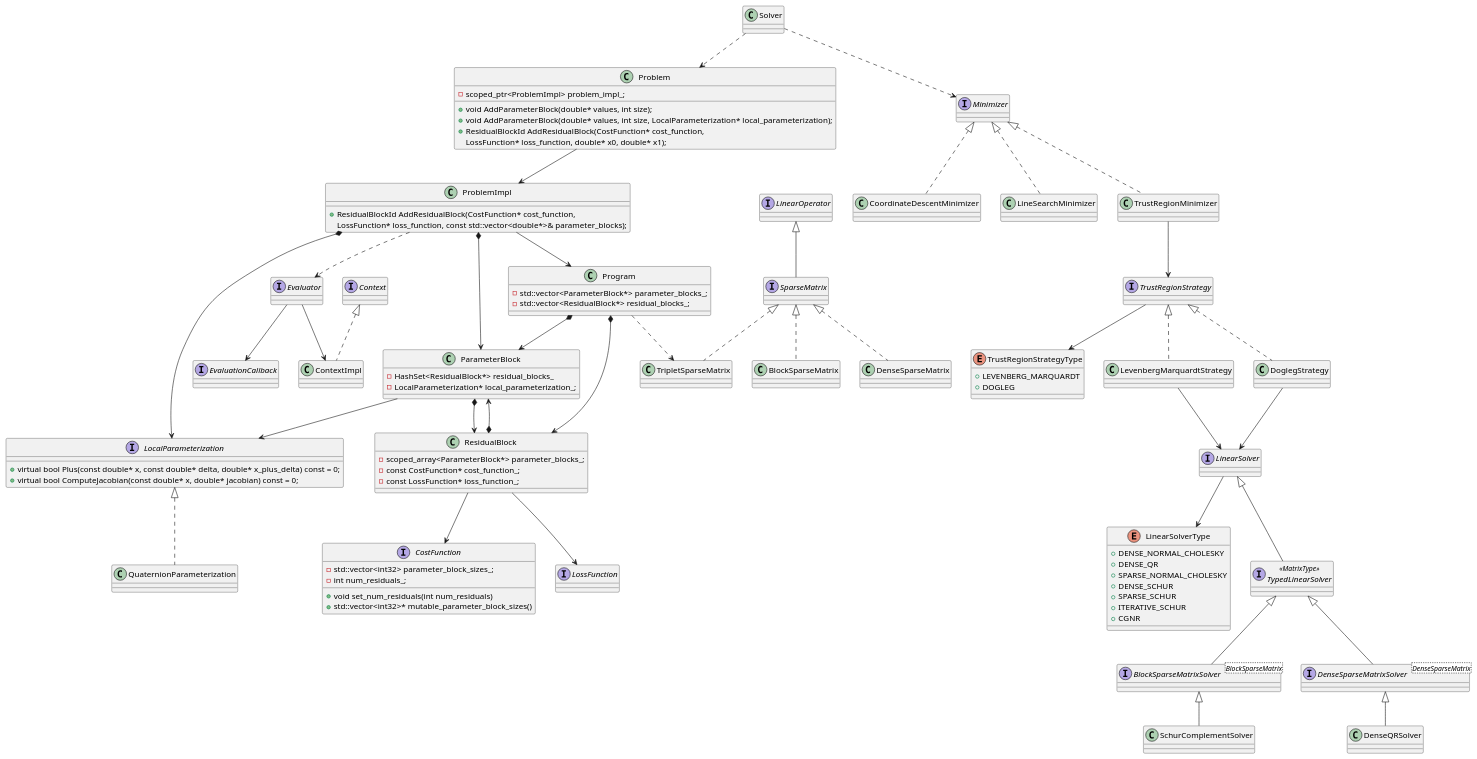
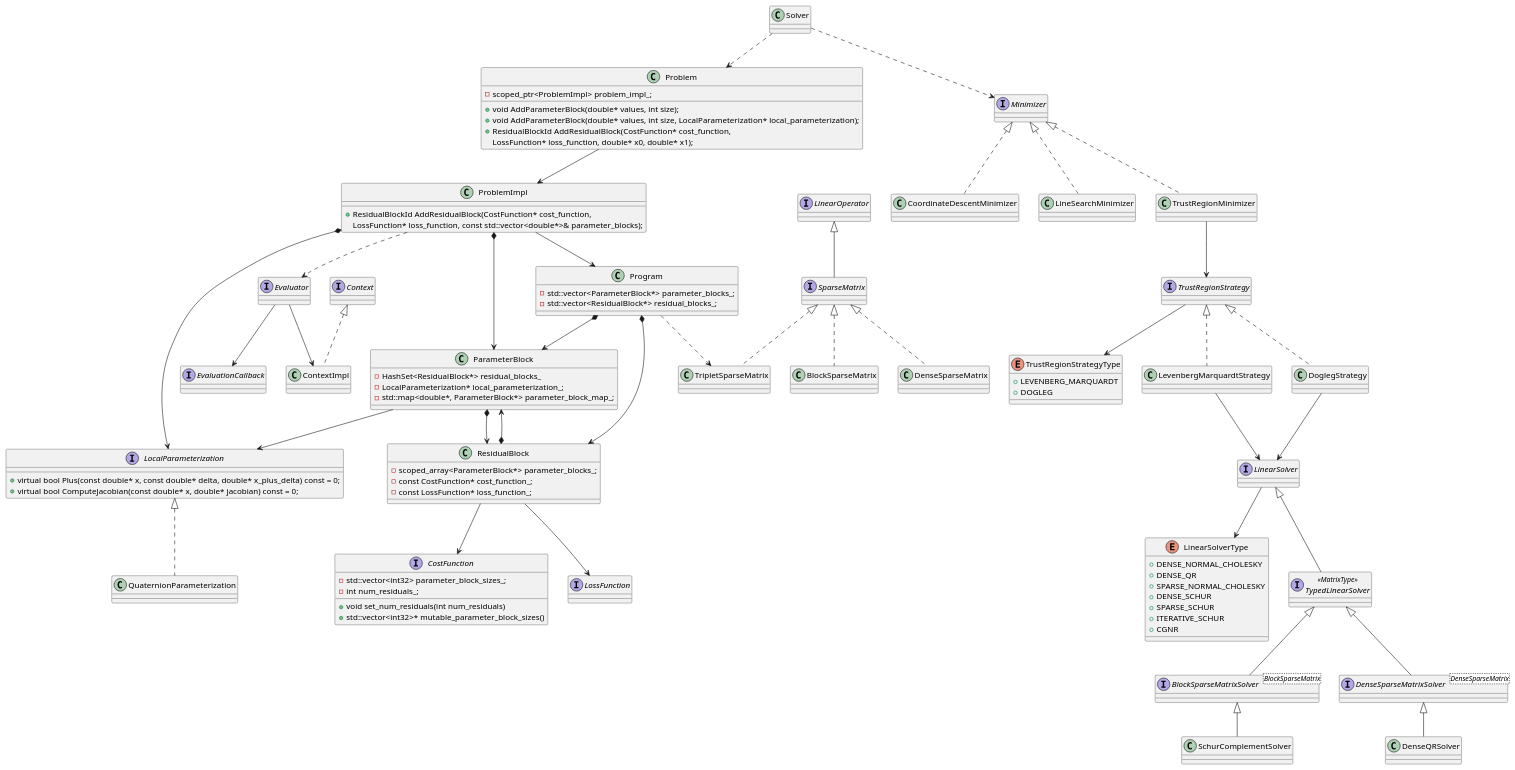
One commit to weihaoysgs/vio-hello-world-impl changed the diagram in tiny_ceres_solver/doc/uml/ceres.puml. Above: the diagram before and after it, drawn with PlantUML. The commit also changed 1 other file, not shown here.

```diff
--- a/tiny_ceres_solver/doc/uml/ceres.puml
+++ b/tiny_ceres_solver/doc/uml/ceres.puml
@@ -3,142 +3,143 @@
 @startuml
 
 class ParameterBlock {
   - HashSet<ResidualBlock*> residual_blocks_
   - LocalParameterization* local_parameterization_;
+  - std::map<double*, ParameterBlock*> parameter_block_map_;
 }
 class ResidualBlock {
   - scoped_array<ParameterBlock*> parameter_blocks_;
   - const CostFunction* cost_function_;
   - const LossFunction* loss_function_;
 }
 class Program {
   - std::vector<ParameterBlock*> parameter_blocks_;
   - std::vector<ResidualBlock*> residual_blocks_;
 }
 class TripletSparseMatrix
 class QuaternionParameterization
 class Problem {
   - scoped_ptr<ProblemImpl> problem_impl_;
   + void AddParameterBlock(double* values, int size);
   + void AddParameterBlock(double* values, int size, LocalParameterization* local_parameterization);
   + ResidualBlockId AddResidualBlock(CostFunction* cost_function,
                                    LossFunction* loss_function, double* x0, double* x1);
 }
 class ProblemImpl {
   + ResidualBlockId AddResidualBlock(CostFunction* cost_function,
       LossFunction* loss_function, const std::vector<double*>& parameter_blocks);
 }
 ' class Solver
 ' class CompressedRowSparseMatrix
 class LineSearchMinimizer
 class TrustRegionMinimizer
 class CoordinateDescentMinimizer
 class DoglegStrategy
 class LevenbergMarquardtStrategy
 class DenseSparseMatrix
 class BlockSparseMatrix
 class DenseQRSolver
 class Solver
 class SchurComplementSolver
 
 interface Evaluator
 interface LossFunction
 interface EvaluationCallback
 interface CostFunction {
   + void set_num_residuals(int num_residuals)
   + std::vector<int32>* mutable_parameter_block_sizes()
   - std::vector<int32> parameter_block_sizes_;
   - int num_residuals_;
 }
 interface SparseMatrix
 interface LinearOperator
 interface LocalParameterization {
   + virtual bool Plus(const double* x, const double* delta, double* x_plus_delta) const = 0;
   + virtual bool ComputeJacobian(const double* x, double* jacobian) const = 0;
 }
 interface Context
 interface Minimizer
 interface TrustRegionStrategy
 interface LinearSolver
 interface BlockSparseMatrixSolver<BlockSparseMatrix> {
 
 }
 interface TypedLinearSolver  <<MatrixType>>
 interface DenseSparseMatrixSolver<DenseSparseMatrix> {
 
 }
 
 
 enum LinearSolverType {
   + DENSE_NORMAL_CHOLESKY
   + DENSE_QR
   + SPARSE_NORMAL_CHOLESKY
   + DENSE_SCHUR
   + SPARSE_SCHUR
   + ITERATIVE_SCHUR
   + CGNR
 }
 
 enum TrustRegionStrategyType {
   + LEVENBERG_MARQUARDT
   + DOGLEG
 }
 
 ' interface impl
 SparseMatrix          <|.. TripletSparseMatrix
 ' SparseMatrix          <|.. CompressedRowSparseMatrix
 SparseMatrix          <|.. DenseSparseMatrix
 SparseMatrix          <|.. BlockSparseMatrix
 LocalParameterization <|.. QuaternionParameterization
 Context               <|.. ContextImpl
 Minimizer               <|.. LineSearchMinimizer
 Minimizer               <|.. TrustRegionMinimizer
 Minimizer               <|.. CoordinateDescentMinimizer
 TrustRegionStrategy     <|.. DoglegStrategy
 TrustRegionStrategy     <|.. LevenbergMarquardtStrategy
 
 ' template
 ' TypedLinearSolver       <|.. DenseSparseMatrixSolver
 ' DenseSparseMatrixSolver *- DenseSparseMatrix
 
 ' TypedLinearSolver       <|.. BlockSparseMatrixSolver
 ' BlockSparseMatrixSolver *- BlockSparseMatrix
 
 ' inherit(fathre:son)
 LinearOperator              <|-- SparseMatrix
 LinearSolver                <|-- TypedLinearSolver
 DenseSparseMatrixSolver     <|-- DenseQRSolver
 BlockSparseMatrixSolver     <|-- SchurComplementSolver
 TypedLinearSolver           <|-- BlockSparseMatrixSolver
 TypedLinearSolver           <|-- DenseSparseMatrixSolver
 
 
 ' Assocation(have a pointer representation other object)
 ResidualBlock --> LossFunction 
 ResidualBlock --> CostFunction
 ParameterBlock --> LocalParameterization
 Evaluator --> EvaluationCallback
 LinearSolver --> LinearSolverType
 Evaluator --> ContextImpl
 ProblemImpl --> Program
 Problem --> ProblemImpl
 TrustRegionMinimizer --> TrustRegionStrategy
 DoglegStrategy --> LinearSolver
 LevenbergMarquardtStrategy --> LinearSolver
 TrustRegionStrategy --> TrustRegionStrategyType
 
 ' Aggregation
 ParameterBlock *--> ResidualBlock
 ResidualBlock  *--> ParameterBlock
 Program        *--> ResidualBlock
 Program        *--> ParameterBlock
 ProblemImpl    *--> ParameterBlock
 ProblemImpl    *--> LocalParameterization
 
 ' dependency
 Program ..> TripletSparseMatrix
 ProblemImpl ..> Evaluator
 Solver ..> Problem
 Solver ..> Minimizer
 
 @enduml
```
